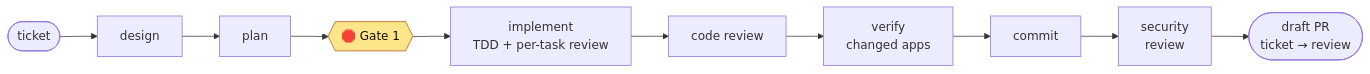
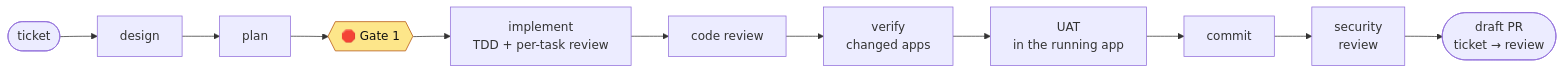
Before and after one commit to Tiennd0502/claude-turbo-workflow: the diagram in README.md, drawn with Mermaid. The commit also changed 2 other files, not shown here.

Commit message:
docs: show the UAT step in the workflow charts

````diff
--- a/README.md
+++ b/README.md
@@ -12,8 +12,8 @@
 ```mermaid
 flowchart LR
     t(["ticket"]) --> d["design"] --> p["plan"] --> g{{"🛑 Gate 1"}}
     g --> i["implement<br/>TDD + per-task review"] --> r["code review"] --> v["verify<br/>changed apps"]
-    v --> c["commit"] --> s["security<br/>review"] --> pr(["draft PR<br/>ticket → review"])
+    v --> u["UAT<br/>in the running app"] --> c["commit"] --> s["security<br/>review"] --> pr(["draft PR<br/>ticket → review"])
     classDef gate fill:#fde68a,stroke:#b45309,color:#111;
     class g gate;
 ```
````
